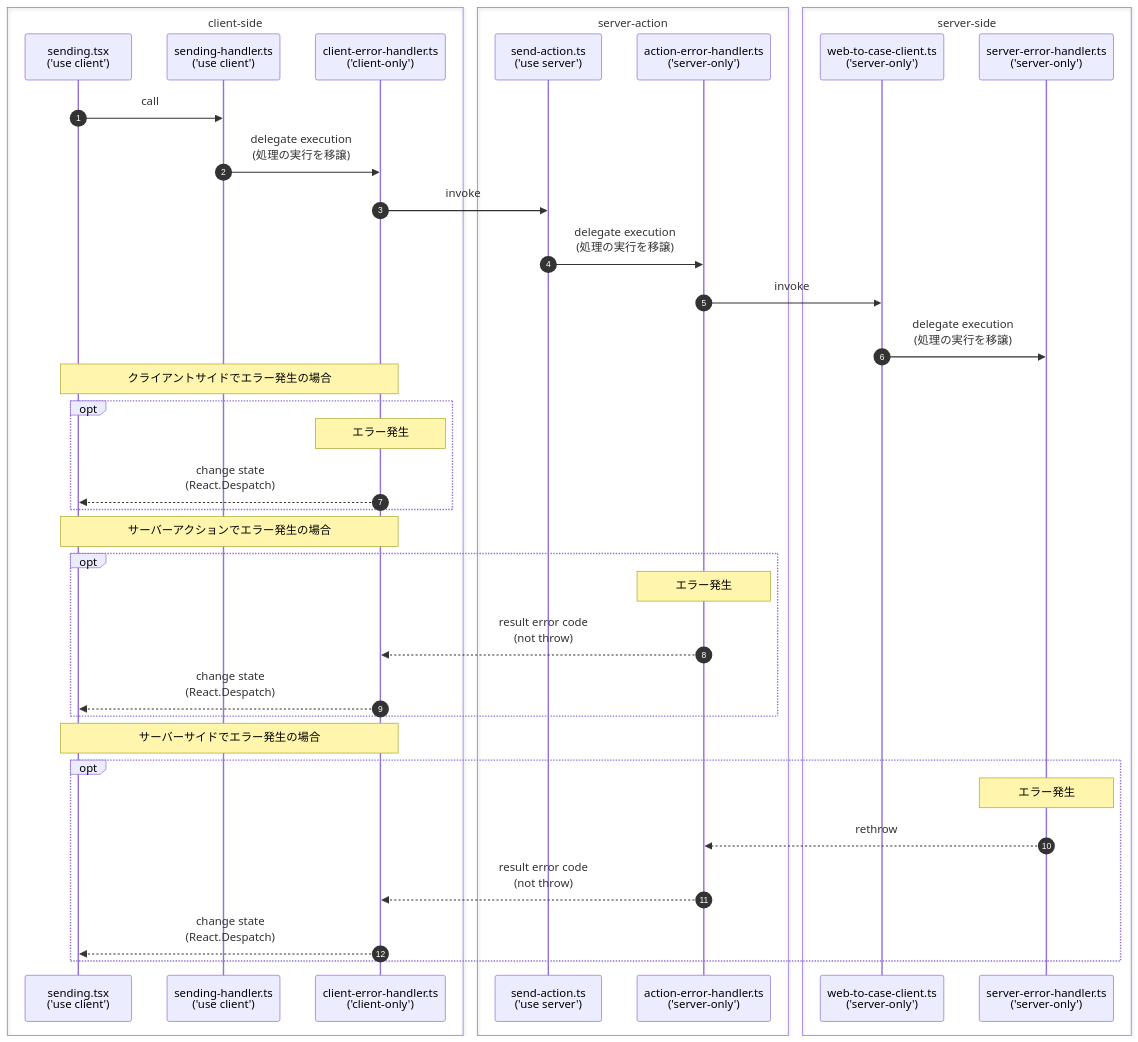
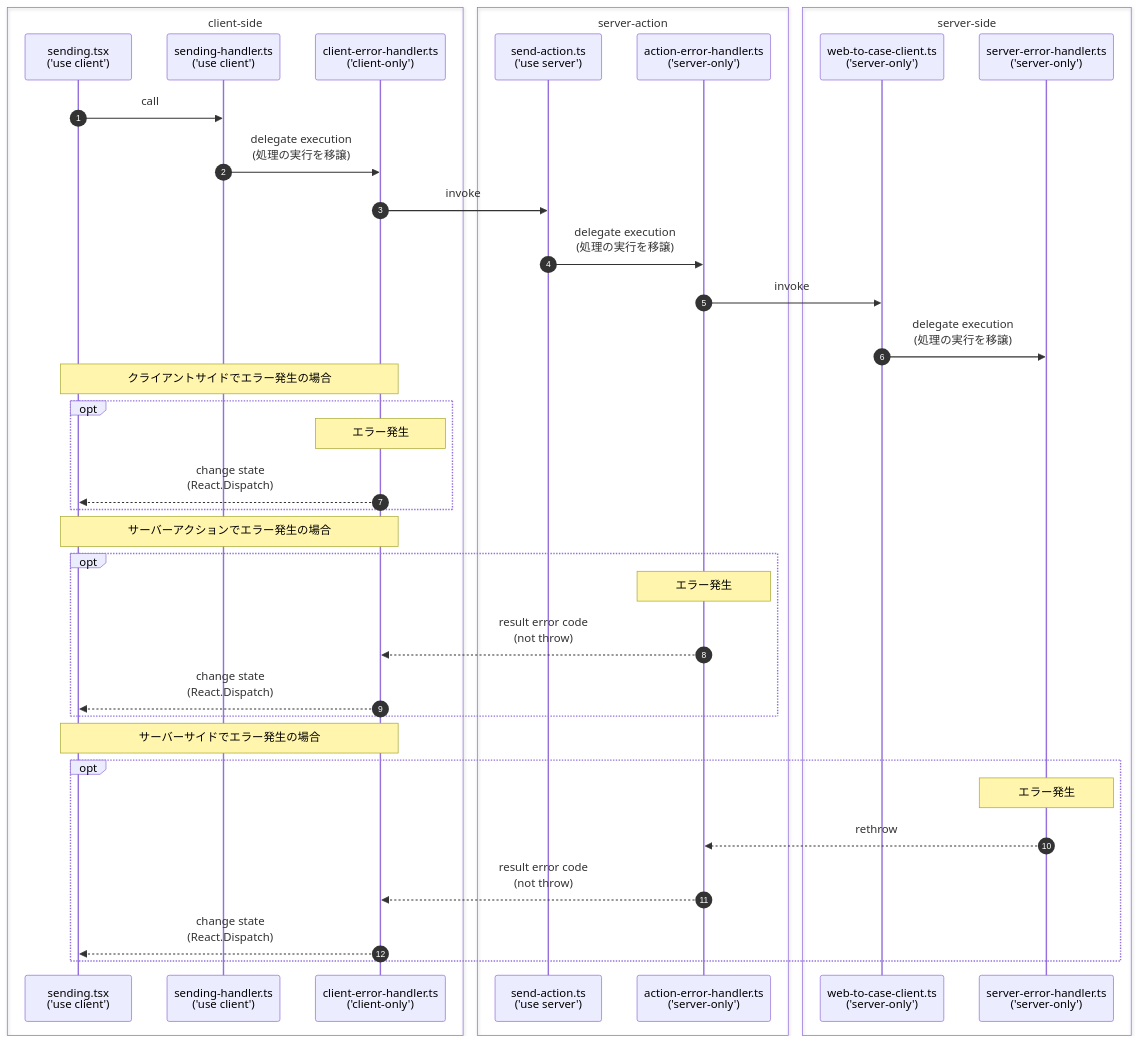
One commit to sudo-yoko/portfolio-nextjs changed the diagram in _docs/contact/error-handling-sequence.md. Above: the diagram before and after it, drawn with Mermaid.

````diff
--- a/_docs/contact/error-handling-sequence.md
+++ b/_docs/contact/error-handling-sequence.md
@@ -1,48 +1,48 @@
 ```mermaid
 sequenceDiagram
 autonumber
 
 box client-side
   participant S as sending.tsx<br>('use client')
   participant SH as sending-handler.ts<br>('use client')
   participant CEH as client-error-handler.ts<br>('client-only')
 end
 
 box server-action
   participant SA as send-action.ts<br>('use server')
   participant AEH as action-error-handler.ts<br>('server-only')
 end
 
 box server-side
   participant WCC as web-to-case-client.ts<br>('server-only')
   participant SEH as server-error-handler.ts<br>('server-only')
 end
 
 S->>SH: call
 SH->>CEH: delegate execution<br>(処理の実行を移譲)
 CEH->>SA: invoke
 SA->>AEH: delegate execution<br>(処理の実行を移譲)
 AEH->>WCC: invoke
 WCC->>SEH: delegate execution<br>(処理の実行を移譲)
 
 Note over S,CEH: クライアントサイドでエラー発生の場合
 opt
   Note over CEH: エラー発生
-  CEH-->>S: change state<br>(React.Despatch)
+  CEH-->>S: change state<br>(React.Dispatch)
 end
 
 Note over S,CEH: サーバーアクションでエラー発生の場合
 opt
   Note over AEH: エラー発生
   AEH-->>CEH: result error code<br>(not throw)
-  CEH-->>S: change state<br>(React.Despatch)
+  CEH-->>S: change state<br>(React.Dispatch)
 end
 
 Note over S,CEH: サーバーサイドでエラー発生の場合
 opt
   Note over SEH: エラー発生
   SEH-->>AEH: rethrow
   AEH-->>CEH: result error code<br>(not throw)
-  CEH-->>S: change state<br>(React.Despatch)
+  CEH-->>S: change state<br>(React.Dispatch)
 end
 ```
````
